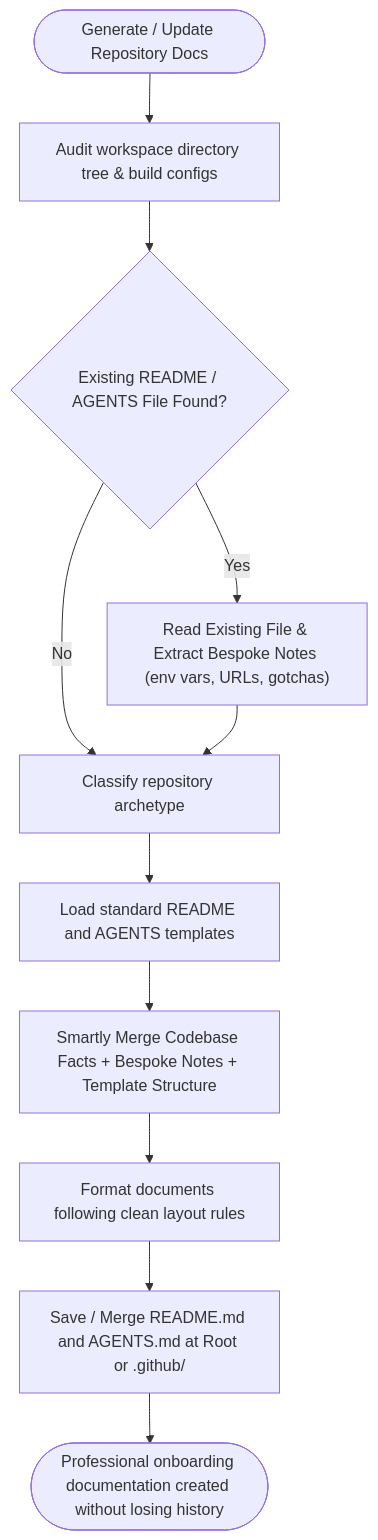
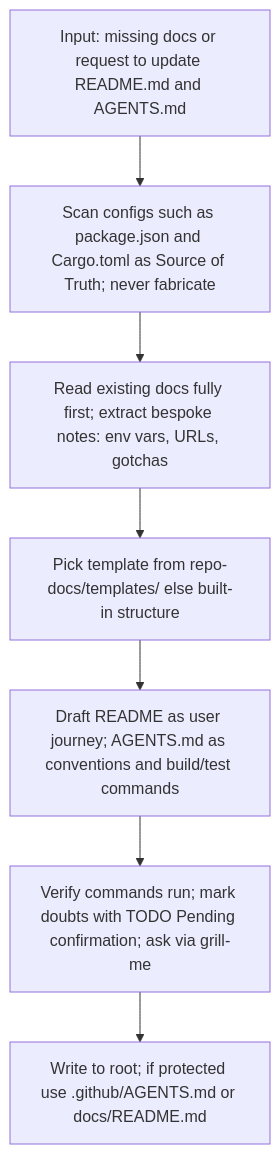
One commit to dyphn1/Harness-everything changed the first of 3 diagrams in docs/workflows/repo-docs.md. Above: the diagram before and after it, drawn with Mermaid. The commit also changed other lines of this file and 16 other files, not shown here.

````diff
--- a/docs/workflows/repo-docs.md
+++ b/docs/workflows/repo-docs.md
@@ -11,15 +9,9 @@
 ```mermaid
 graph TD
-  Start([Generate / Update Repository Docs]) --> AuditProjectStructure["Audit workspace directory tree & build configs"]
-  AuditProjectStructure --> CheckExisting{Existing README / AGENTS File Found?}
-  
-  CheckExisting -->|Yes| ReadOld["Read Existing File & Extract Bespoke Notes (env vars, URLs, gotchas)"]
-  CheckExisting -->|No| ClassifyProductArchetype["Classify repository archetype"]
-  
-  ReadOld --> ClassifyProductArchetype
-  ClassifyProductArchetype --> LoadTemplates["Load standard README and AGENTS templates"]
-  LoadTemplates --> SmartMerge["Smartly Merge Codebase Facts + Bespoke Notes + Template Structure"]
-  SmartMerge --> FormatMarkdown["Format documents following clean layout rules"]
-  FormatMarkdown --> WriteFiles["Save / Merge README.md and AGENTS.md at Root or .github/"]
-  WriteFiles --> End([Professional onboarding documentation created without losing history])
+  MissingDocs["Input: missing docs or request to update README.md and AGENTS.md"] --> ScanConfigs["Scan configs such as package.json and Cargo.toml as Source of Truth; never fabricate"]
+  ScanConfigs --> ReadExisting["Read existing docs fully first; extract bespoke notes: env vars, URLs, gotchas"]
+  ReadExisting --> PickTemplate["Pick template from repo-docs/templates/ else built-in structure"]
+  PickTemplate --> DraftDocs["Draft README as user journey; AGENTS.md as conventions and build/test commands"]
+  DraftDocs --> VerifyCmds["Verify commands run; mark doubts with TODO Pending confirmation; ask via grill-me"]
+  VerifyCmds --> WriteRoot["Write to root; if protected use .github/AGENTS.md or docs/README.md"]
 ```
````
